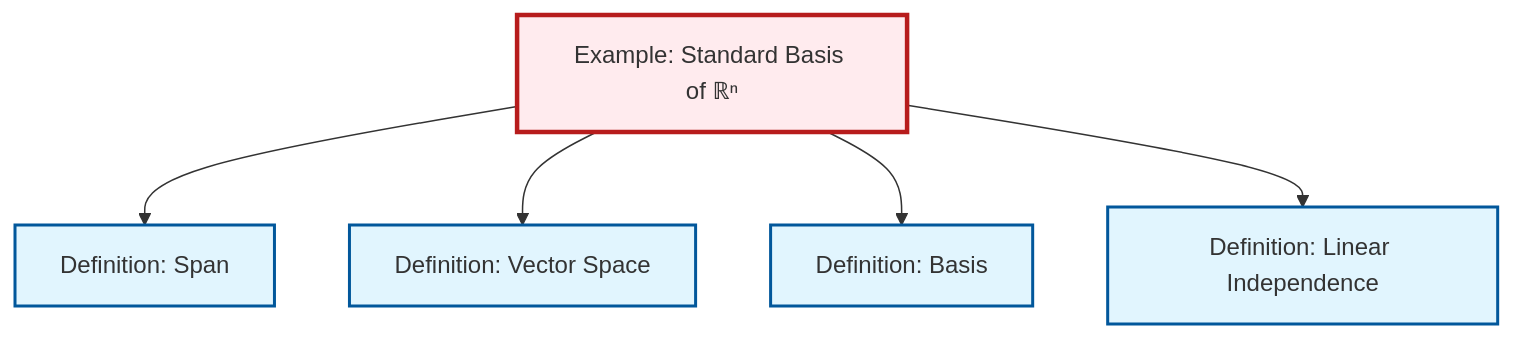
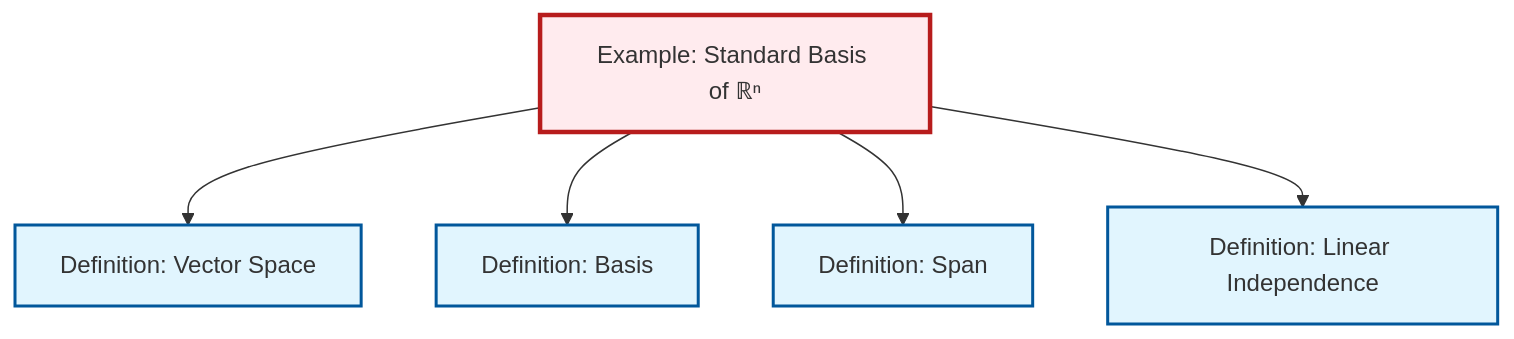
Before and after one commit to RK0429/ModernMath: the diagram in content/ja/algebra/ex-standard-basis-rn.qmd, drawn with Mermaid. The commit also changed other lines of this file and 619 other files, not shown here.

````diff
--- a/content/ja/algebra/ex-standard-basis-rn.qmd
+++ b/content/ja/algebra/ex-standard-basis-rn.qmd
@@ -63,23 +63,23 @@
 ```{mermaid}
 %%| fig-cap: "Local dependency graph"
 graph TD
     classDef definition fill:#e1f5fe,stroke:#01579b,stroke-width:2px
     classDef theorem fill:#f3e5f5,stroke:#4a148c,stroke-width:2px
     classDef axiom fill:#fff3e0,stroke:#e65100,stroke-width:2px
     classDef example fill:#e8f5e9,stroke:#1b5e20,stroke-width:2px
     classDef current fill:#ffebee,stroke:#b71c1c,stroke-width:3px
     def-span["Definition: Span"]:::definition
-    def-vector-space["Definition: Vector Space"]:::definition
+    def-linear-independence["Definition: Linear Independence"]:::definition
     ex-standard-basis-rn["Example: Standard Basis of ℝⁿ"]:::example
     def-basis["Definition: Basis"]:::definition
-    def-linear-independence["Definition: Linear Independence"]:::definition
-    ex-standard-basis-rn --> def-span
+    def-vector-space["Definition: Vector Space"]:::definition
     ex-standard-basis-rn --> def-vector-space
     ex-standard-basis-rn --> def-basis
+    ex-standard-basis-rn --> def-span
     ex-standard-basis-rn --> def-linear-independence
     class ex-standard-basis-rn current
     click def-span "def-span.html" "Definition: Spanへ"
+    click def-linear-independence "def-linear-independence.html" "Definition: Linear Independenceへ"
+    click def-basis "def-basis.html" "Definition: Basisへ"
     click def-vector-space "def-vector-space.html" "Definition: Vector Spaceへ"
-    click def-basis "def-basis.html" "Definition: Basisへ"
-    click def-linear-independence "def-linear-independence.html" "Definition: Linear Independenceへ"
 ```
````
